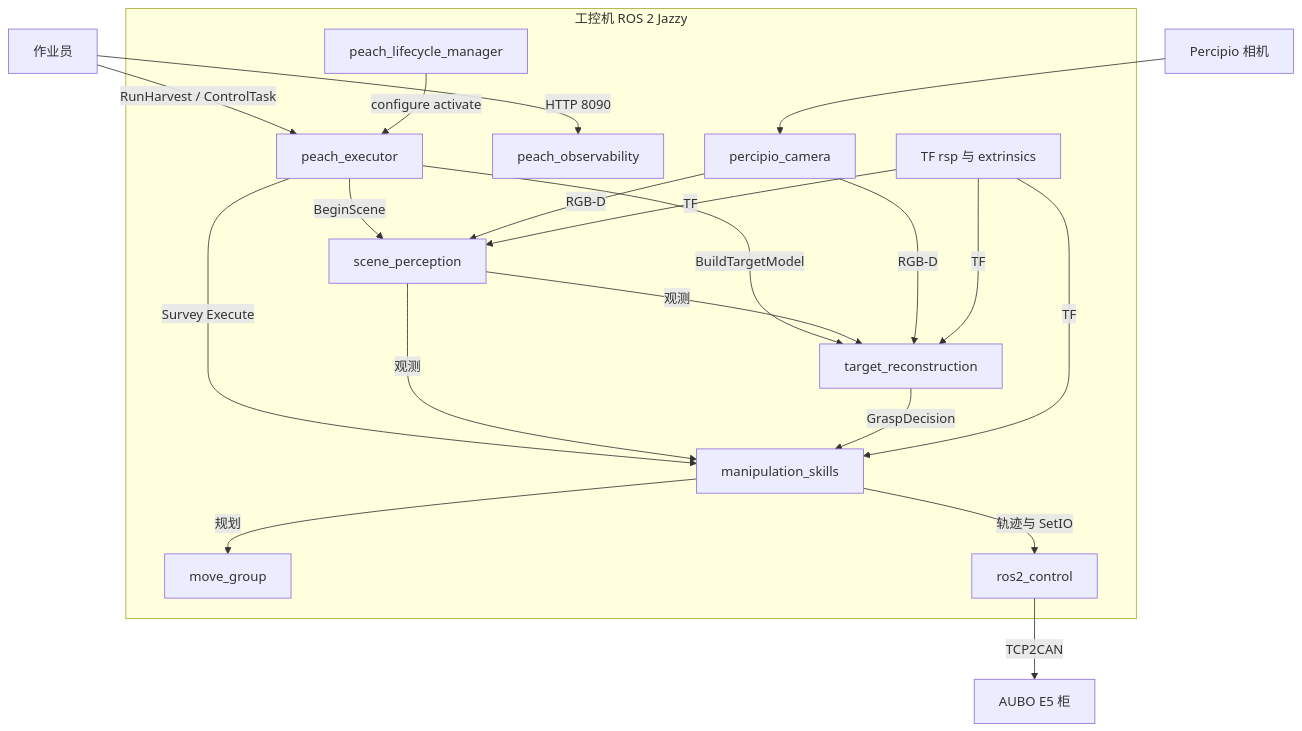
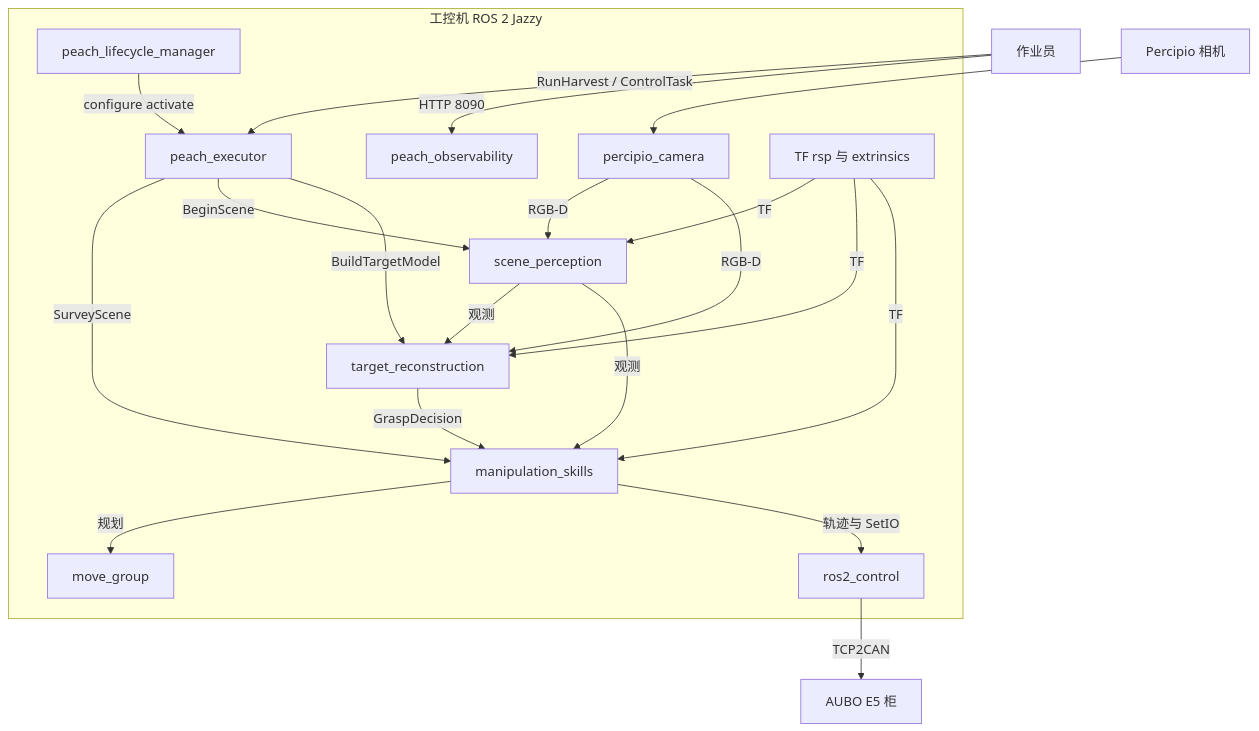
One commit to MUHAN11-c/aubo_boot changed the second of 15 diagrams in docs/architecture.md. Above: the diagram before and after it, drawn with Mermaid. The commit also changed other lines of this file and 56 other files, not shown here.

````diff
--- a/docs/architecture.md
+++ b/docs/architecture.md
@@ -100,36 +100,36 @@
 ```mermaid
 flowchart TB
   op["作业员"]
   e5["AUBO E5 柜"]
   camhw["Percipio 相机"]
   subgraph ipc["工控机 ROS 2 Jazzy"]
     exe["peach_executor"]
     lcm["peach_lifecycle_manager"]
     obs["peach_observability"]
     sc["scene_perception"]
     rc["target_reconstruction"]
     sk["manipulation_skills"]
     mg["move_group"]
     r2c["ros2_control"]
     pcam["percipio_camera"]
     tf["TF rsp 与 extrinsics"]
   end
   op -->|"RunHarvest / ControlTask"| exe
   op -->|"HTTP 8090"| obs
   lcm -->|"configure activate"| exe
+  exe -->|"SurveyScene"| sk
   exe -->|"BeginScene"| sc
-  exe -->|"Survey Execute"| sk
   exe -->|"BuildTargetModel"| rc
   sc -->|"观测"| rc
   sc -->|"观测"| sk
   rc -->|"GraspDecision"| sk
   pcam -->|"RGB-D"| sc
   pcam -->|"RGB-D"| rc
   tf -->|"TF"| sc
   tf -->|"TF"| rc
   tf -->|"TF"| sk
   sk -->|"规划"| mg
   sk -->|"轨迹与 SetIO"| r2c
   camhw --> pcam
   r2c -->|"TCP2CAN"| e5
 ```
````
